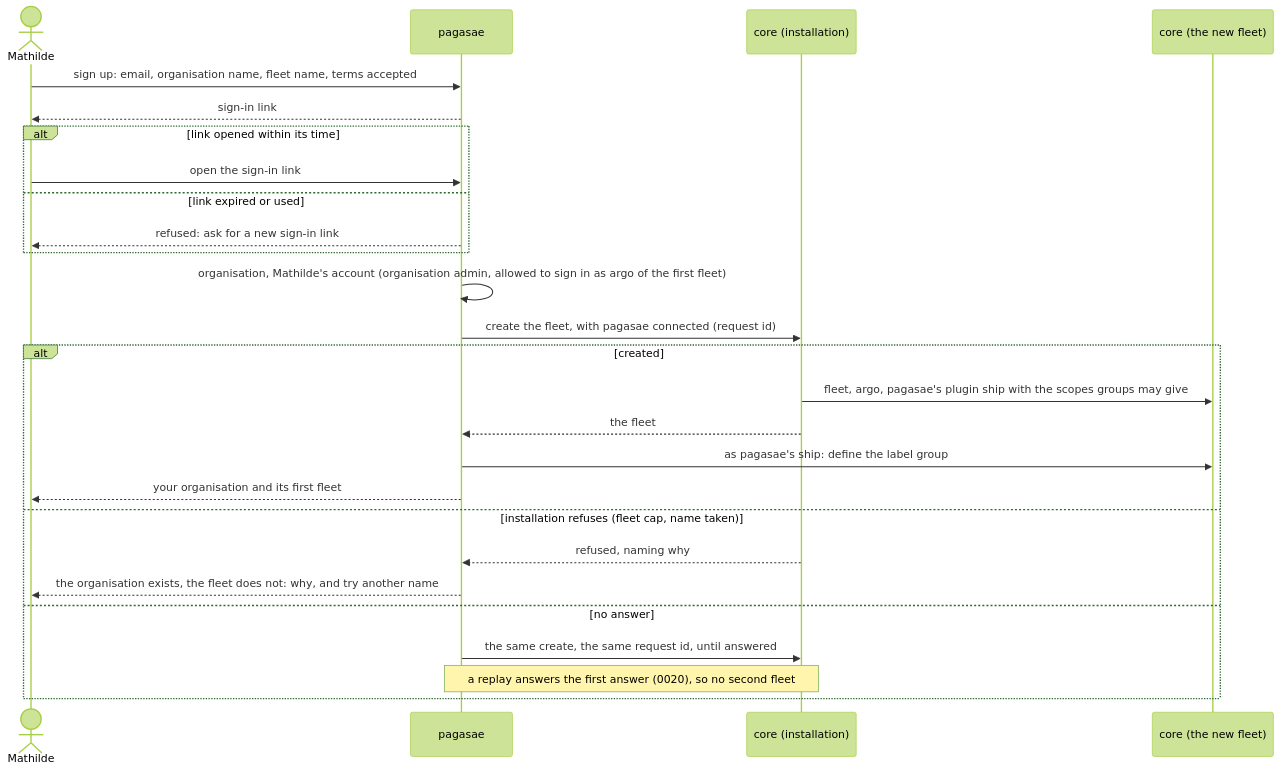
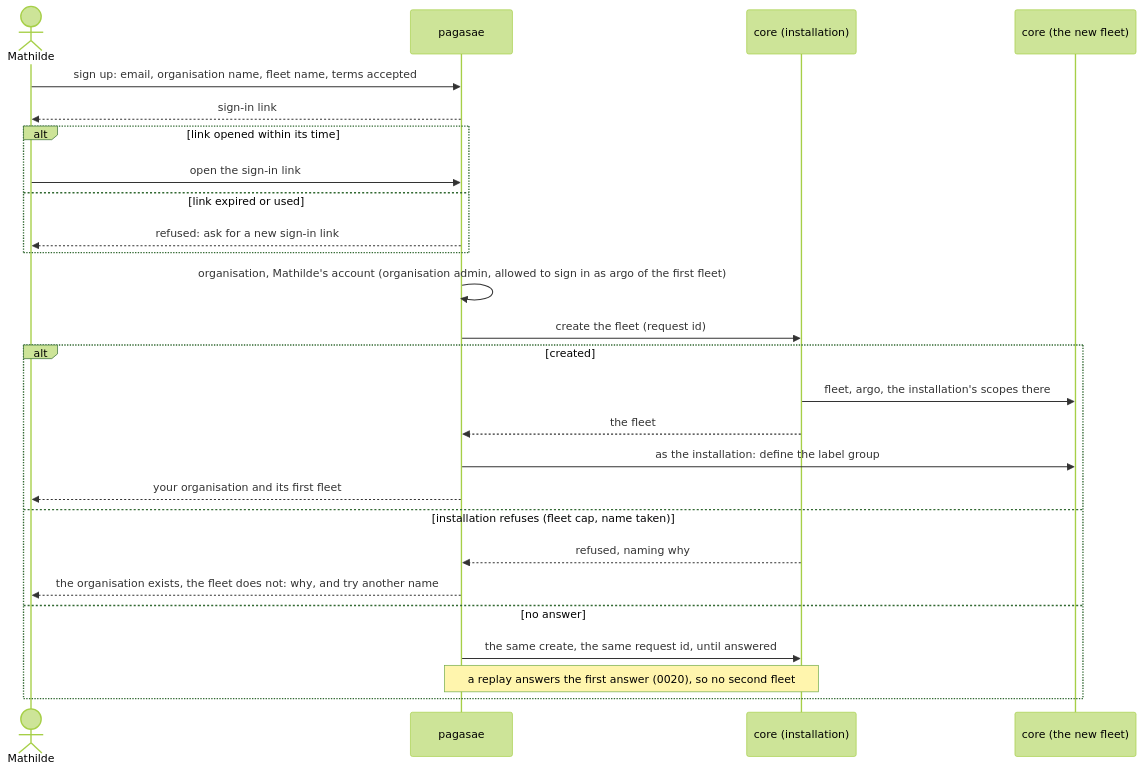
One commit to ThomasHendrickx/aeolus-fleet changed the first of 11 diagrams in docs/design/accounts/phase-2/flows.md. Above: the diagram before and after it, drawn with Mermaid (forest theme). The commit also changed other lines of this file, not shown here.

First line of the commit message:
docs(design): accounts phase 2 flows on the actor model, F11 the account token

````diff
--- a/docs/design/accounts/phase-2/flows.md
+++ b/docs/design/accounts/phase-2/flows.md
@@ -9,28 +9,28 @@
 ```mermaid
 sequenceDiagram
   actor M as Mathilde
   participant P as pagasae
   participant I as core (installation)
   participant C as core (the new fleet)
   M->>P: sign up: email, organisation name, fleet name, terms accepted
   P-->>M: sign-in link
   alt link opened within its time
     M->>P: open the sign-in link
   else link expired or used
     P-->>M: refused: ask for a new sign-in link
   end
   P->>P: organisation, Mathilde's account (organisation admin, allowed to sign in as argo of the first fleet)
-  P->>I: create the fleet, with pagasae connected (request id)
+  P->>I: create the fleet (request id)
   alt created
-    I->>C: fleet, argo, pagasae's plugin ship with the scopes groups may give
+    I->>C: fleet, argo, the installation's scopes there
     I-->>P: the fleet
-    P->>C: as pagasae's ship: define the label group
+    P->>C: as the installation: define the label group
     P-->>M: your organisation and its first fleet
   else installation refuses (fleet cap, name taken)
     I-->>P: refused, naming why
     P-->>M: the organisation exists, the fleet does not: why, and try another name
   else no answer
     P->>I: the same create, the same request id, until answered
     Note over P,I: a replay answers the first answer (0020), so no second fleet
   end
 ```
````
